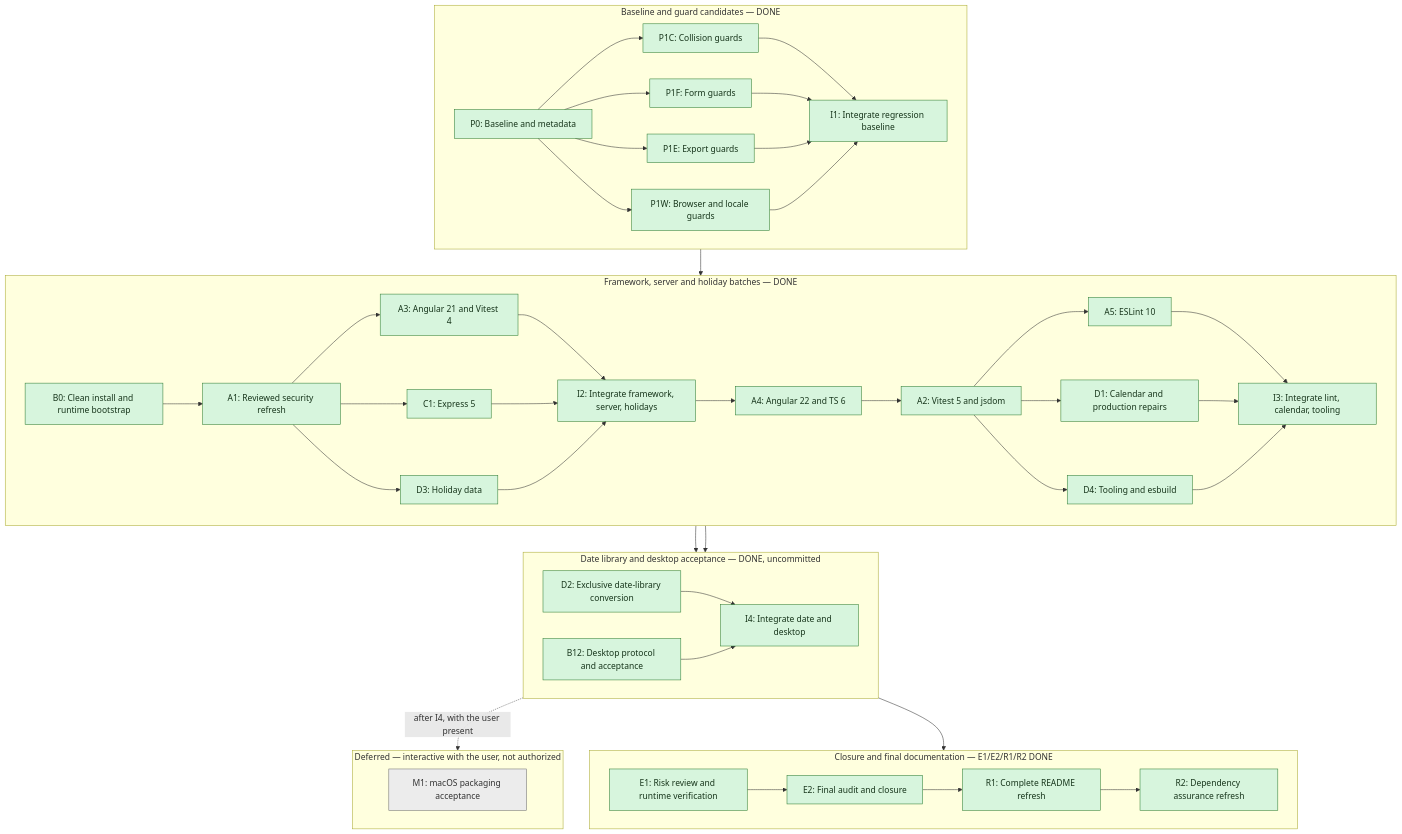
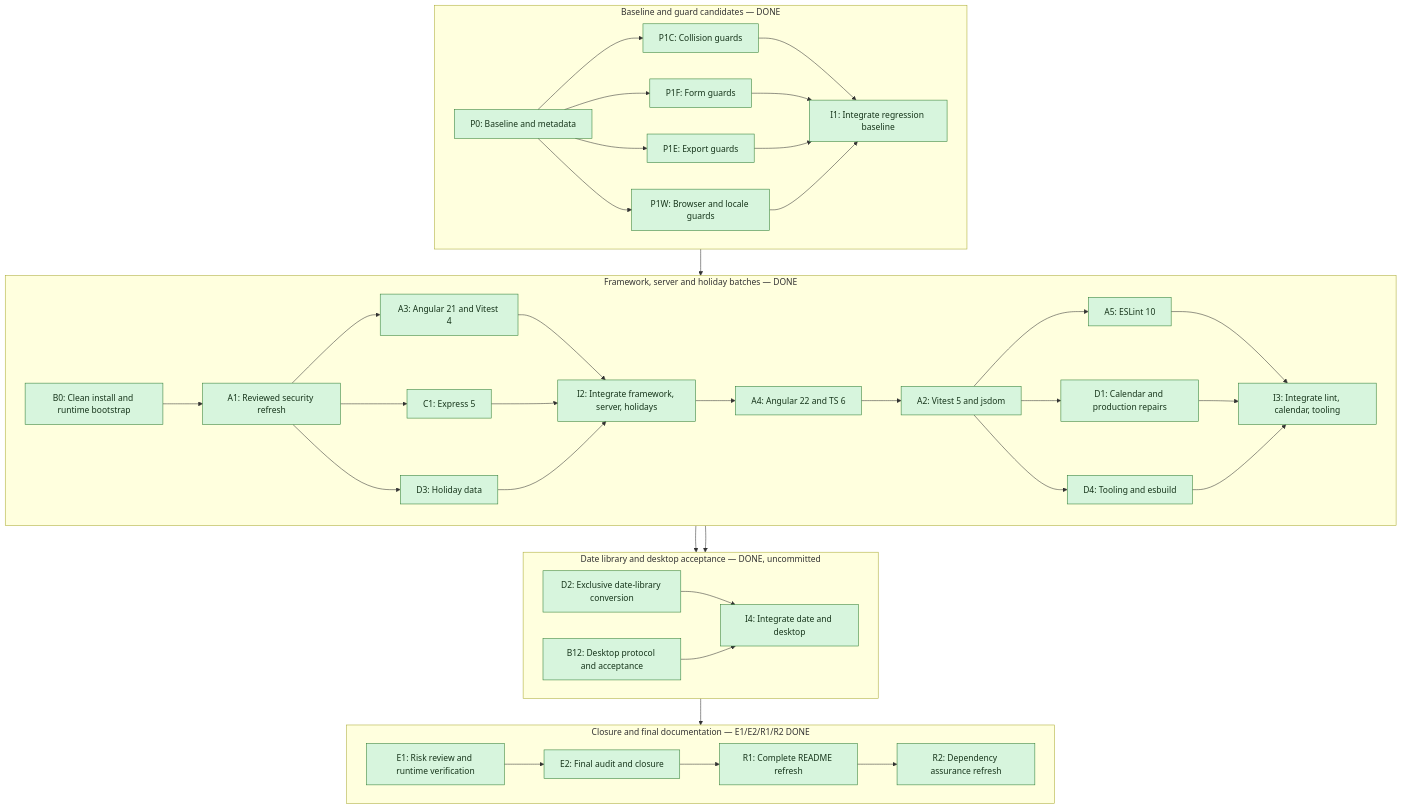
One commit to viegelinsch/duely changed the diagram in docs/TODO_UPGRADES.md. Above: the diagram before and after it, drawn with Mermaid. The commit also changed other lines of this file and 3 other files, not shown here.

First line of the commit message:
docs: relocate the deferred macOS packaging task to Known Limitations

````diff
--- a/docs/TODO_UPGRADES.md
+++ b/docs/TODO_UPGRADES.md
@@ -2289,11 +2275,6 @@
         R2["R2: Dependency assurance refresh"]
     end
 
-    subgraph deferred ["Deferred — interactive with the user, not authorized"]
-        direction LR
-        M1["M1: macOS packaging acceptance"]
-    end
-
     P0 --> P1C
     P0 --> P1F
     P0 --> P1E
@@ -2330,11 +2311,7 @@
     E2 --> R1
     R1 --> R2
 
-    I4 -.->|after I4, with the user present| M1
-
     classDef done fill:#d7f5dd,stroke:#2e7d32,color:#17351b
     classDef todo fill:#fff3cc,stroke:#a68b00,color:#463a00
-    classDef deferred fill:#ececec,stroke:#6f6f6f,color:#333333
     class P0,P1C,P1F,P1E,P1W,I1,B0,A1,A3,C1,D3,I2,A4,A2,A5,D1,D4,I3,D2,B12,I4,E1,E2,R1,R2 done
-    class M1 deferred
 ```
````
